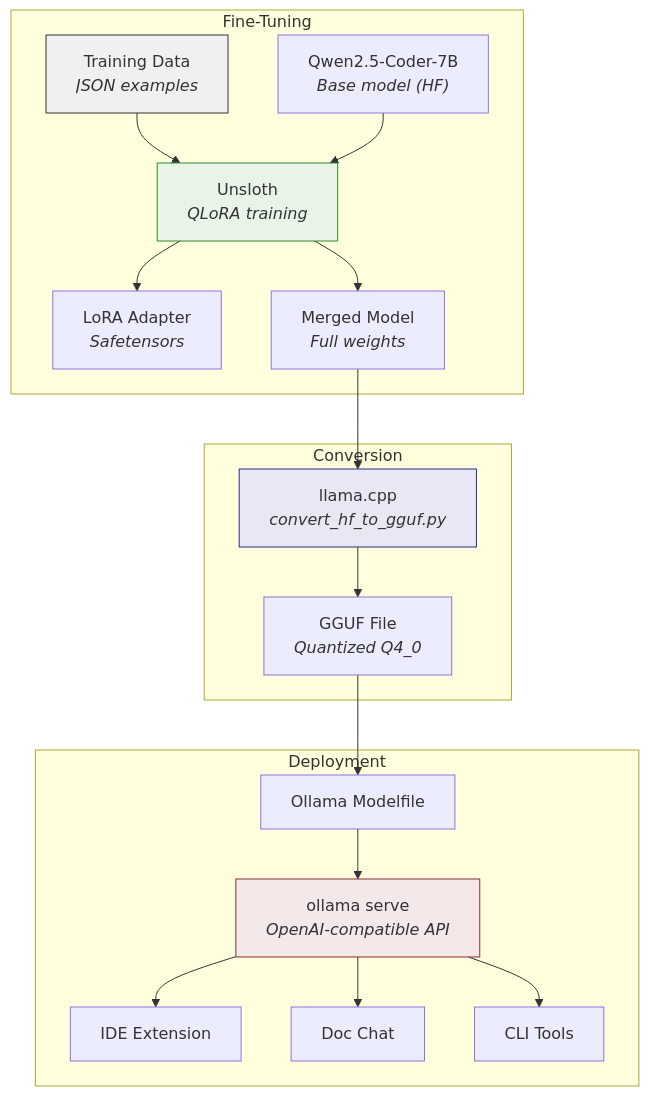
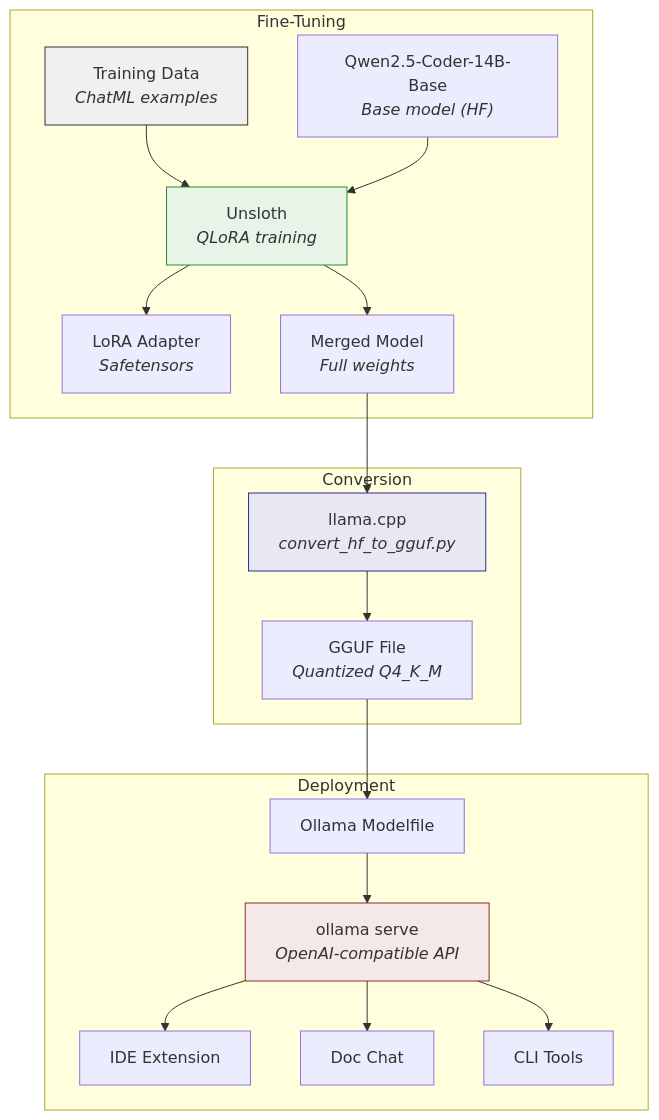
Before and after one commit to StephanWald/bbj-ai-strategy: the third of 4 diagrams in docs/03-fine-tuning/index.md, drawn with Mermaid. The commit also changed other lines of this file, not shown here.

First line of the commit message:
feat(33-02): update Toolchain, add Training Workflow, update Hosting and Status sections

````diff
--- a/docs/03-fine-tuning/index.md
+++ b/docs/03-fine-tuning/index.md
@@ -475,27 +475,27 @@
 ```mermaid
 graph TD
     subgraph "Fine-Tuning"
-        DATA["Training Data<br/><i>JSON examples</i>"] --> UNSLOTH["Unsloth<br/><i>QLoRA training</i>"]
-        QWEN["Qwen2.5-Coder-7B<br/><i>Base model (HF)</i>"] --> UNSLOTH
+        DATA["Training Data<br/><i>ChatML examples</i>"] --> UNSLOTH["Unsloth<br/><i>QLoRA training</i>"]
+        QWEN["Qwen2.5-Coder-14B-Base<br/><i>Base model (HF)</i>"] --> UNSLOTH
         UNSLOTH --> ADAPTER["LoRA Adapter<br/><i>Safetensors</i>"]
         UNSLOTH --> MERGED["Merged Model<br/><i>Full weights</i>"]
     end
 
     subgraph "Conversion"
         MERGED --> LLAMACPP["llama.cpp<br/><i>convert_hf_to_gguf.py</i>"]
-        LLAMACPP --> GGUF["GGUF File<br/><i>Quantized Q4_0</i>"]
+        LLAMACPP --> GGUF["GGUF File<br/><i>Quantized Q4_K_M</i>"]
     end
 
     subgraph "Deployment"
         GGUF --> MODELFILE["Ollama Modelfile"]
         MODELFILE --> SERVE["ollama serve<br/><i>OpenAI-compatible API</i>"]
         SERVE --> IDE["IDE Extension"]
         SERVE --> CHAT["Doc Chat"]
         SERVE --> CLI["CLI Tools"]
     end
 
     style DATA fill:#f0f0f0,stroke:#333
     style UNSLOTH fill:#e8f4e8,stroke:#2d8a2d
     style LLAMACPP fill:#e8e8f4,stroke:#2d2d8a
     style SERVE fill:#f4e8e8,stroke:#8a2d2d
 ```
````
